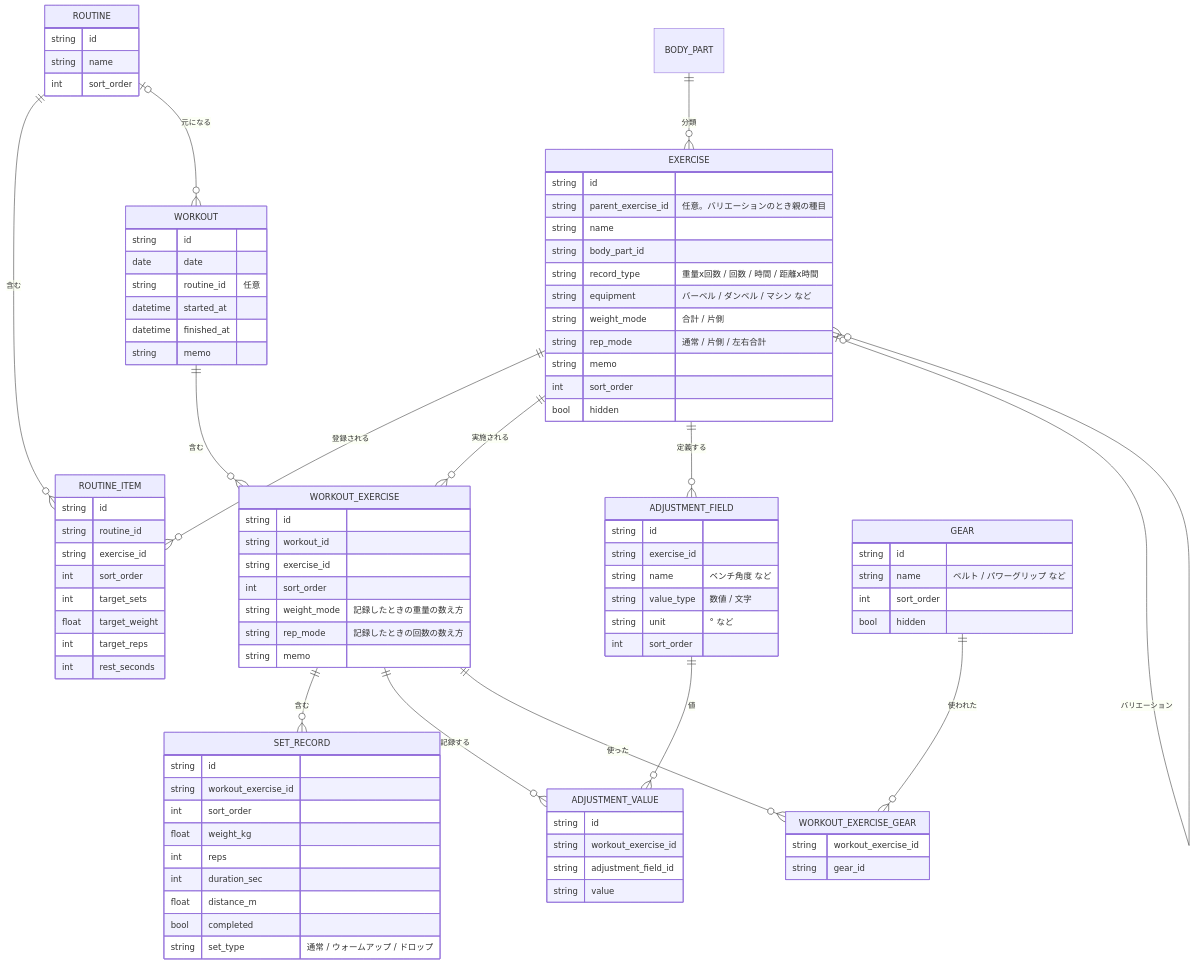
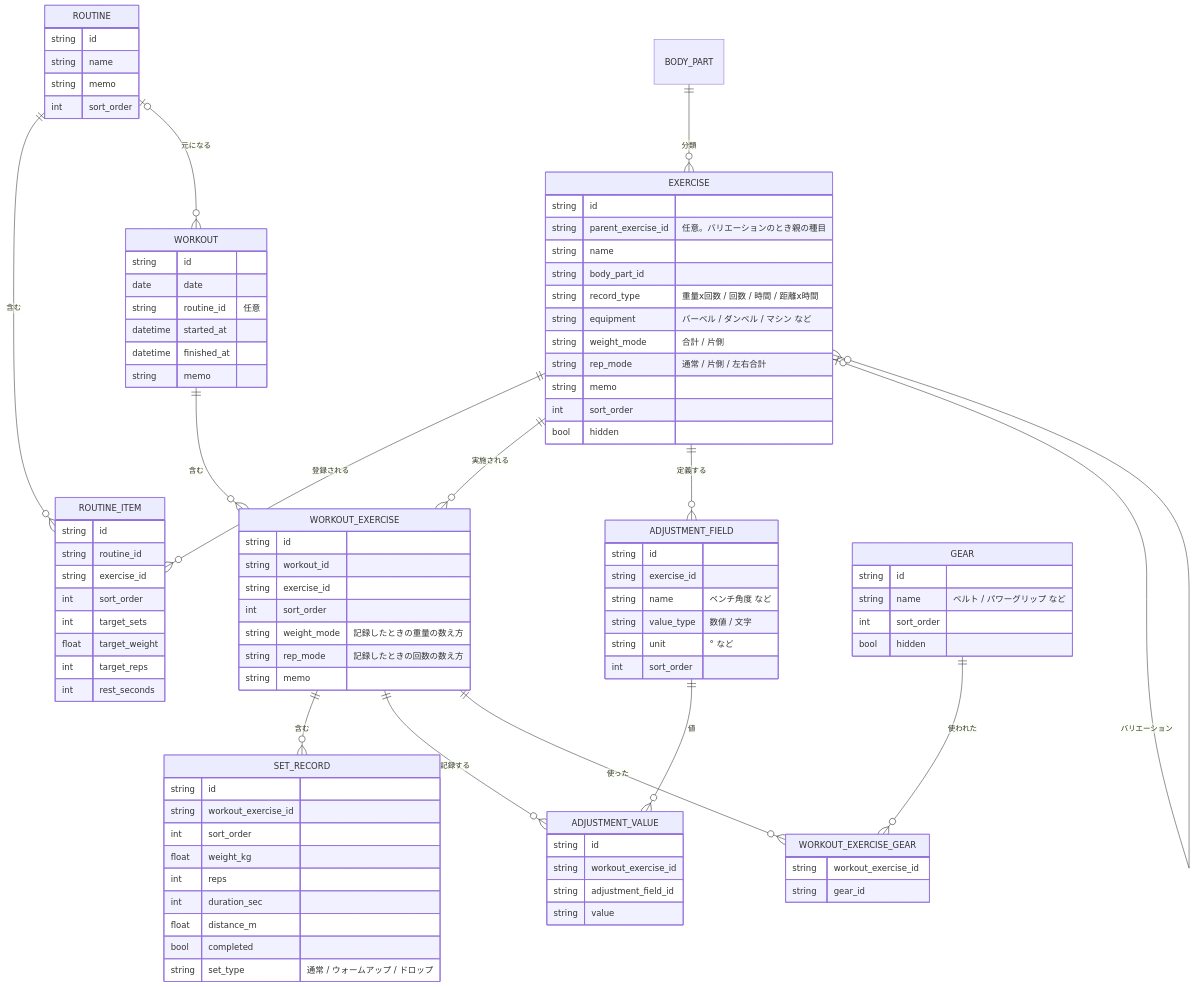
One commit to o-TAT-o/inventory changed the second of 5 diagrams in apps/training-log/docs/requirements.md. Above: the diagram before and after it, drawn with Mermaid. The commit also changed other lines of this file, not shown here.

```diff
--- a/apps/training-log/docs/requirements.md
+++ b/apps/training-log/docs/requirements.md
@@ -332,6 +333,7 @@
   ROUTINE {
     string id
     string name
+    string memo
     int sort_order
   }
   ROUTINE_ITEM {
```
